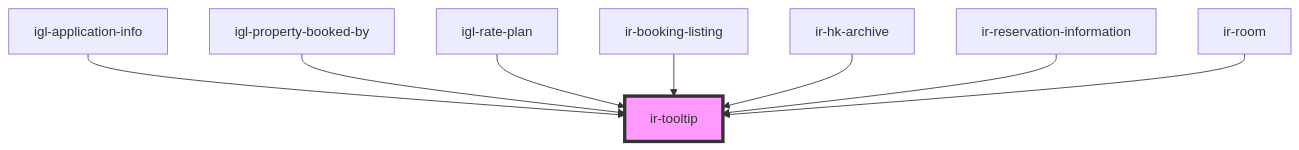
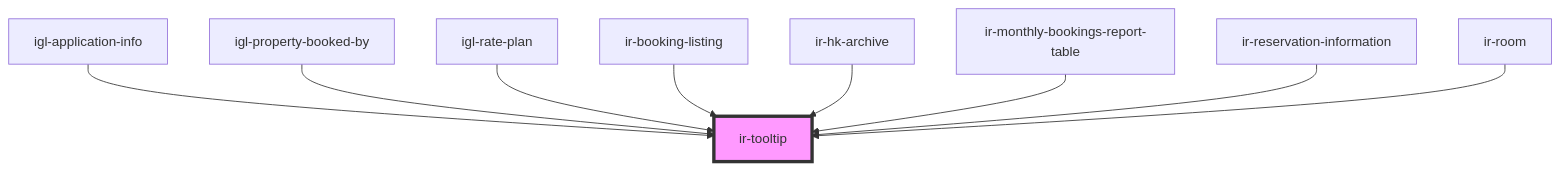
One commit to David1Chowaifaty/modified-ir-webcmp changed the diagram in src/components/ui/ir-tooltip/readme.md. Above: the diagram before and after it, drawn with Mermaid. The commit also changed other lines of this file and 58 other files, not shown here.

````diff
--- a/src/components/ui/ir-tooltip/readme.md
+++ b/src/components/ui/ir-tooltip/readme.md
@@ -31,11 +34,12 @@
 ```mermaid
 graph TD;
   igl-application-info --> ir-tooltip
   igl-property-booked-by --> ir-tooltip
   igl-rate-plan --> ir-tooltip
   ir-booking-listing --> ir-tooltip
   ir-hk-archive --> ir-tooltip
+  ir-monthly-bookings-report-table --> ir-tooltip
   ir-reservation-information --> ir-tooltip
   ir-room --> ir-tooltip
   style ir-tooltip fill:#f9f,stroke:#333,stroke-width:4px
 ```
````
